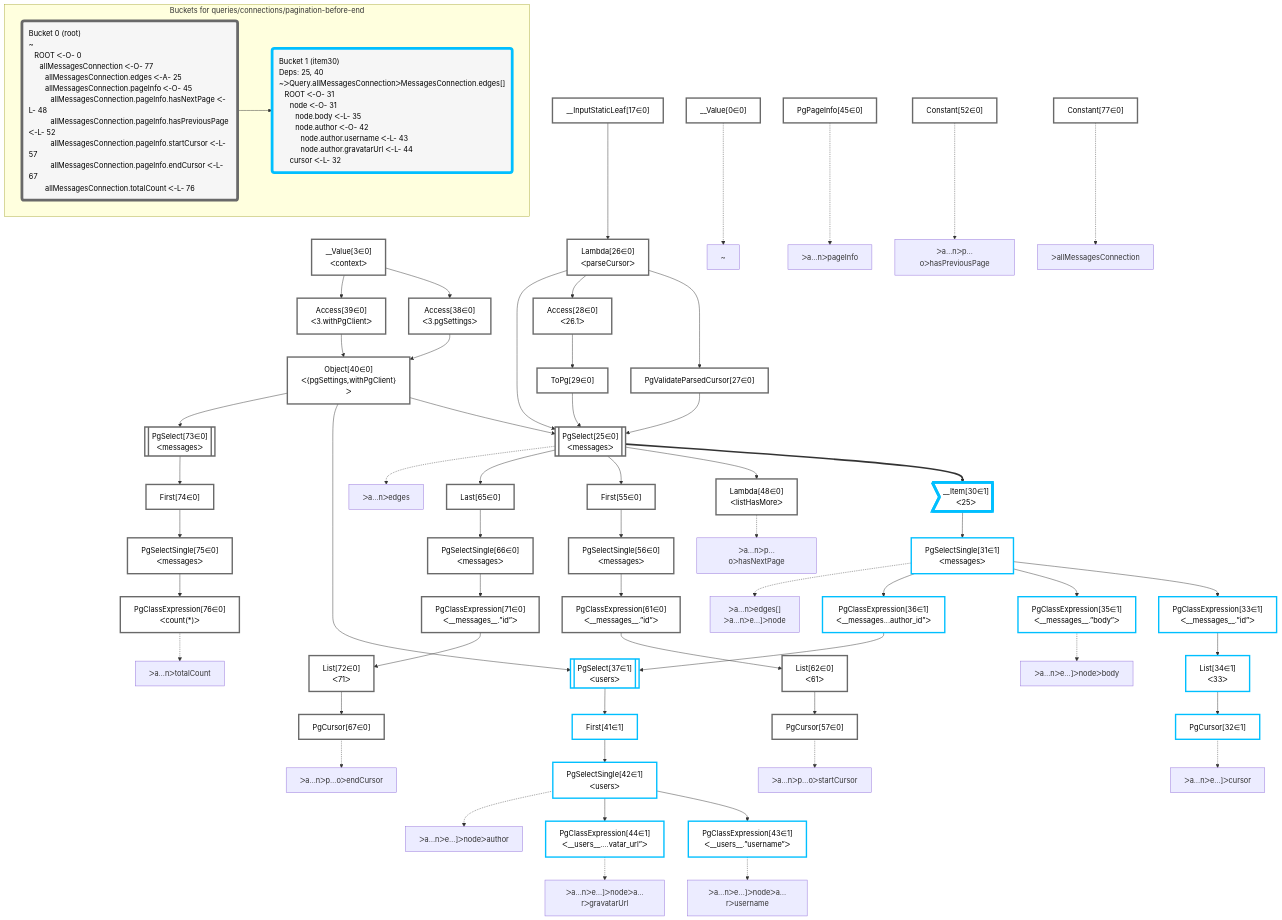
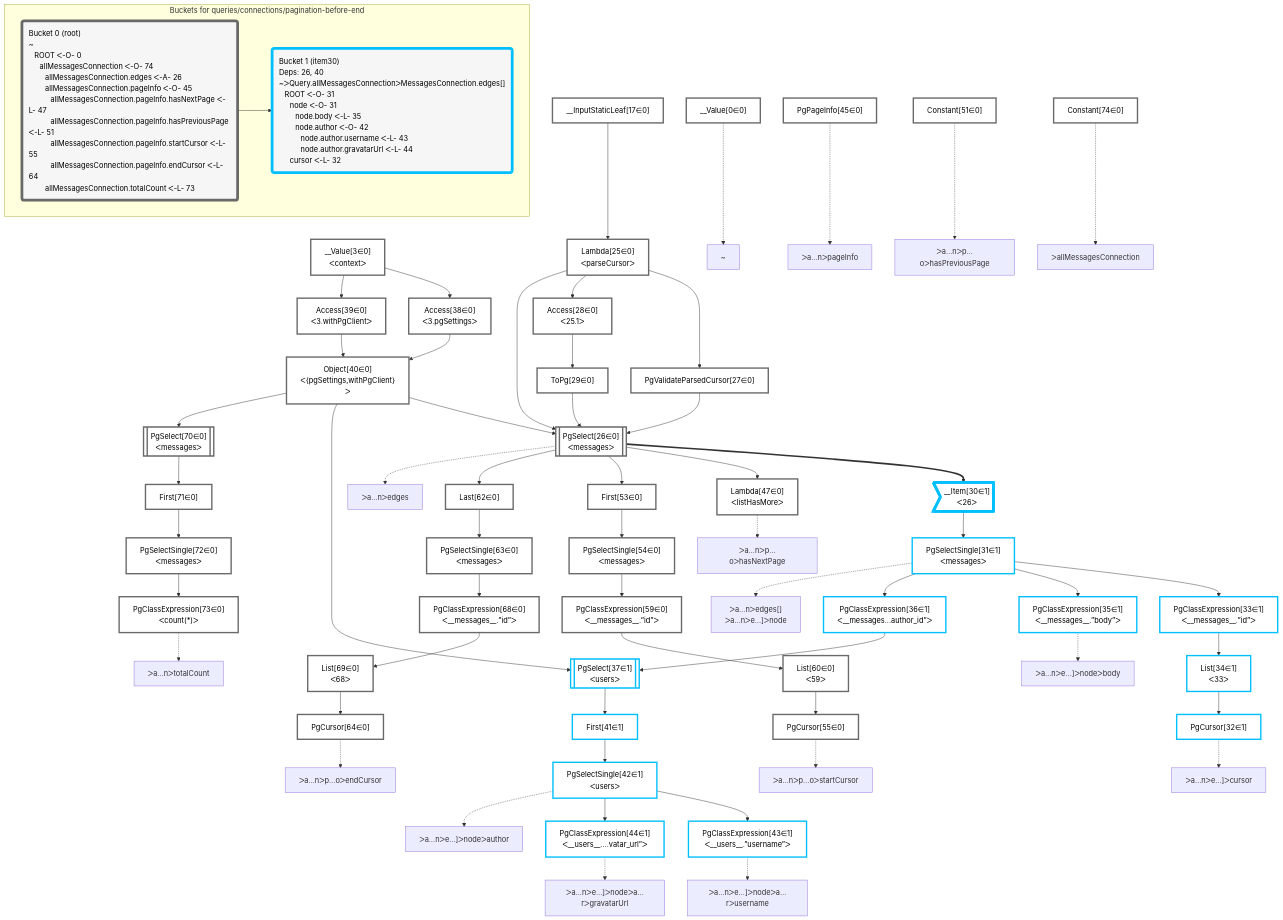
One commit to graphile/crystal changed the diagram in packages/dataplan-pg/__tests__/queries/connections/pagination-before-end.deopt.mermaid. Above: the diagram before and after it, drawn with Mermaid. The commit also changed 11 other files, not shown here.

```diff
--- a/packages/dataplan-pg/__tests__/queries/connections/pagination-before-end.deopt.mermaid
+++ b/packages/dataplan-pg/__tests__/queries/connections/pagination-before-end.deopt.mermaid
@@ -1,129 +1,129 @@
 graph TD
     classDef path fill:#eee,stroke:#000,color:#000
     classDef plan fill:#fff,stroke-width:3px,color:#000
     classDef itemplan fill:#fff,stroke-width:6px,color:#000
     classDef sideeffectplan fill:#f00,stroke-width:6px,color:#000
     classDef bucket fill:#f6f6f6,color:#000,stroke-width:6px,text-align:left
 
 
     %% define plans
     __Value0["__Value[0∈0]"]:::plan
     __Value3["__Value[3∈0]<br />ᐸcontextᐳ"]:::plan
     __InputStaticLeaf17["__InputStaticLeaf[17∈0]"]:::plan
     Access38["Access[38∈0]<br />ᐸ3.pgSettingsᐳ"]:::plan
     Access39["Access[39∈0]<br />ᐸ3.withPgClientᐳ"]:::plan
     Object40["Object[40∈0]<br />ᐸ{pgSettings,withPgClient}ᐳ"]:::plan
-    Constant77["Constant[77∈0]"]:::plan
-    Lambda26["Lambda[26∈0]<br />ᐸparseCursorᐳ"]:::plan
+    Constant74["Constant[74∈0]"]:::plan
+    Lambda25["Lambda[25∈0]<br />ᐸparseCursorᐳ"]:::plan
     PgValidateParsedCursor27["PgValidateParsedCursor[27∈0]"]:::plan
-    Access28["Access[28∈0]<br />ᐸ26.1ᐳ"]:::plan
+    Access28["Access[28∈0]<br />ᐸ25.1ᐳ"]:::plan
     ToPg29["ToPg[29∈0]"]:::plan
-    PgSelect25[["PgSelect[25∈0]<br />ᐸmessagesᐳ"]]:::plan
-    __Item30>"__Item[30∈1]<br />ᐸ25ᐳ"]:::itemplan
+    PgSelect26[["PgSelect[26∈0]<br />ᐸmessagesᐳ"]]:::plan
+    __Item30>"__Item[30∈1]<br />ᐸ26ᐳ"]:::itemplan
     PgSelectSingle31["PgSelectSingle[31∈1]<br />ᐸmessagesᐳ"]:::plan
     PgClassExpression33["PgClassExpression[33∈1]<br />ᐸ__messages__.”id”ᐳ"]:::plan
     List34["List[34∈1]<br />ᐸ33ᐳ"]:::plan
     PgCursor32["PgCursor[32∈1]"]:::plan
     PgClassExpression35["PgClassExpression[35∈1]<br />ᐸ__messages__.”body”ᐳ"]:::plan
     PgClassExpression36["PgClassExpression[36∈1]<br />ᐸ__messages...author_id”ᐳ"]:::plan
     PgSelect37[["PgSelect[37∈1]<br />ᐸusersᐳ"]]:::plan
     First41["First[41∈1]"]:::plan
     PgSelectSingle42["PgSelectSingle[42∈1]<br />ᐸusersᐳ"]:::plan
     PgClassExpression43["PgClassExpression[43∈1]<br />ᐸ__users__.”username”ᐳ"]:::plan
     PgClassExpression44["PgClassExpression[44∈1]<br />ᐸ__users__....vatar_url”ᐳ"]:::plan
     PgPageInfo45["PgPageInfo[45∈0]"]:::plan
-    Lambda48["Lambda[48∈0]<br />ᐸlistHasMoreᐳ"]:::plan
-    Constant52["Constant[52∈0]"]:::plan
-    First55["First[55∈0]"]:::plan
-    PgSelectSingle56["PgSelectSingle[56∈0]<br />ᐸmessagesᐳ"]:::plan
-    PgClassExpression61["PgClassExpression[61∈0]<br />ᐸ__messages__.”id”ᐳ"]:::plan
-    List62["List[62∈0]<br />ᐸ61ᐳ"]:::plan
-    PgCursor57["PgCursor[57∈0]"]:::plan
-    Last65["Last[65∈0]"]:::plan
-    PgSelectSingle66["PgSelectSingle[66∈0]<br />ᐸmessagesᐳ"]:::plan
-    PgClassExpression71["PgClassExpression[71∈0]<br />ᐸ__messages__.”id”ᐳ"]:::plan
-    List72["List[72∈0]<br />ᐸ71ᐳ"]:::plan
-    PgCursor67["PgCursor[67∈0]"]:::plan
-    PgSelect73[["PgSelect[73∈0]<br />ᐸmessagesᐳ"]]:::plan
-    First74["First[74∈0]"]:::plan
-    PgSelectSingle75["PgSelectSingle[75∈0]<br />ᐸmessagesᐳ"]:::plan
-    PgClassExpression76["PgClassExpression[76∈0]<br />ᐸcount(*)ᐳ"]:::plan
+    Lambda47["Lambda[47∈0]<br />ᐸlistHasMoreᐳ"]:::plan
+    Constant51["Constant[51∈0]"]:::plan
+    First53["First[53∈0]"]:::plan
+    PgSelectSingle54["PgSelectSingle[54∈0]<br />ᐸmessagesᐳ"]:::plan
+    PgClassExpression59["PgClassExpression[59∈0]<br />ᐸ__messages__.”id”ᐳ"]:::plan
+    List60["List[60∈0]<br />ᐸ59ᐳ"]:::plan
+    PgCursor55["PgCursor[55∈0]"]:::plan
+    Last62["Last[62∈0]"]:::plan
+    PgSelectSingle63["PgSelectSingle[63∈0]<br />ᐸmessagesᐳ"]:::plan
+    PgClassExpression68["PgClassExpression[68∈0]<br />ᐸ__messages__.”id”ᐳ"]:::plan
+    List69["List[69∈0]<br />ᐸ68ᐳ"]:::plan
+    PgCursor64["PgCursor[64∈0]"]:::plan
+    PgSelect70[["PgSelect[70∈0]<br />ᐸmessagesᐳ"]]:::plan
+    First71["First[71∈0]"]:::plan
+    PgSelectSingle72["PgSelectSingle[72∈0]<br />ᐸmessagesᐳ"]:::plan
+    PgClassExpression73["PgClassExpression[73∈0]<br />ᐸcount(*)ᐳ"]:::plan
 
     %% plan dependencies
     __Value3 --> Access38
     __Value3 --> Access39
     Access38 & Access39 --> Object40
-    __InputStaticLeaf17 --> Lambda26
-    Lambda26 --> PgValidateParsedCursor27
-    Lambda26 --> Access28
+    __InputStaticLeaf17 --> Lambda25
+    Lambda25 --> PgValidateParsedCursor27
+    Lambda25 --> Access28
     Access28 --> ToPg29
-    Object40 & Lambda26 & PgValidateParsedCursor27 & ToPg29 --> PgSelect25
-    PgSelect25 ==> __Item30
+    Object40 & Lambda25 & PgValidateParsedCursor27 & ToPg29 --> PgSelect26
+    PgSelect26 ==> __Item30
     __Item30 --> PgSelectSingle31
     PgSelectSingle31 --> PgClassExpression33
     PgClassExpression33 --> List34
     List34 --> PgCursor32
     PgSelectSingle31 --> PgClassExpression35
     PgSelectSingle31 --> PgClassExpression36
     Object40 & PgClassExpression36 --> PgSelect37
     PgSelect37 --> First41
     First41 --> PgSelectSingle42
     PgSelectSingle42 --> PgClassExpression43
     PgSelectSingle42 --> PgClassExpression44
-    PgSelect25 --> Lambda48
-    PgSelect25 --> First55
-    First55 --> PgSelectSingle56
-    PgSelectSingle56 --> PgClassExpression61
-    PgClassExpression61 --> List62
-    List62 --> PgCursor57
-    PgSelect25 --> Last65
-    Last65 --> PgSelectSingle66
-    PgSelectSingle66 --> PgClassExpression71
-    PgClassExpression71 --> List72
-    List72 --> PgCursor67
-    Object40 --> PgSelect73
-    PgSelect73 --> First74
-    First74 --> PgSelectSingle75
-    PgSelectSingle75 --> PgClassExpression76
+    PgSelect26 --> Lambda47
+    PgSelect26 --> First53
+    First53 --> PgSelectSingle54
+    PgSelectSingle54 --> PgClassExpression59
+    PgClassExpression59 --> List60
+    List60 --> PgCursor55
+    PgSelect26 --> Last62
+    Last62 --> PgSelectSingle63
+    PgSelectSingle63 --> PgClassExpression68
+    PgClassExpression68 --> List69
+    List69 --> PgCursor64
+    Object40 --> PgSelect70
+    PgSelect70 --> First71
+    First71 --> PgSelectSingle72
+    PgSelectSingle72 --> PgClassExpression73
 
     %% plan-to-path relationships
     P0["~"]
     __Value0 -.-> P0
-    P25["ᐳa…nᐳedges"]
-    PgSelect25 -.-> P25
+    P26["ᐳa…nᐳedges"]
+    PgSelect26 -.-> P26
     P31["ᐳa…nᐳedges[]<br />ᐳa…nᐳe…]ᐳnode"]
     PgSelectSingle31 -.-> P31
     P32["ᐳa…nᐳe…]ᐳcursor"]
     PgCursor32 -.-> P32
     P35["ᐳa…nᐳe…]ᐳnodeᐳbody"]
     PgClassExpression35 -.-> P35
     P42["ᐳa…nᐳe…]ᐳnodeᐳauthor"]
     PgSelectSingle42 -.-> P42
     P43["ᐳa…nᐳe…]ᐳnodeᐳa…rᐳusername"]
     PgClassExpression43 -.-> P43
     P44["ᐳa…nᐳe…]ᐳnodeᐳa…rᐳgravatarUrl"]
     PgClassExpression44 -.-> P44
     P45["ᐳa…nᐳpageInfo"]
     PgPageInfo45 -.-> P45
-    P48["ᐳa…nᐳp…oᐳhasNextPage"]
-    Lambda48 -.-> P48
-    P52["ᐳa…nᐳp…oᐳhasPreviousPage"]
-    Constant52 -.-> P52
-    P57["ᐳa…nᐳp…oᐳstartCursor"]
-    PgCursor57 -.-> P57
-    P67["ᐳa…nᐳp…oᐳendCursor"]
-    PgCursor67 -.-> P67
-    P76["ᐳa…nᐳtotalCount"]
-    PgClassExpression76 -.-> P76
-    P77["ᐳallMessagesConnection"]
-    Constant77 -.-> P77
+    P47["ᐳa…nᐳp…oᐳhasNextPage"]
+    Lambda47 -.-> P47
+    P51["ᐳa…nᐳp…oᐳhasPreviousPage"]
+    Constant51 -.-> P51
+    P55["ᐳa…nᐳp…oᐳstartCursor"]
+    PgCursor55 -.-> P55
+    P64["ᐳa…nᐳp…oᐳendCursor"]
+    PgCursor64 -.-> P64
+    P73["ᐳa…nᐳtotalCount"]
+    PgClassExpression73 -.-> P73
+    P74["ᐳallMessagesConnection"]
+    Constant74 -.-> P74
 
     subgraph "Buckets for queries/connections/pagination-before-end"
-    Bucket0("Bucket 0 (root)<br />~<br />⠀ROOT ᐸ-O- 0<br />⠀⠀allMessagesConnection ᐸ-O- 77<br />⠀⠀⠀allMessagesConnection.edges ᐸ-A- 25<br />⠀⠀⠀allMessagesConnection.pageInfo ᐸ-O- 45<br />⠀⠀⠀⠀allMessagesConnection.pageInfo.hasNextPage ᐸ-L- 48<br />⠀⠀⠀⠀allMessagesConnection.pageInfo.hasPreviousPage ᐸ-L- 52<br />⠀⠀⠀⠀allMessagesConnection.pageInfo.startCursor ᐸ-L- 57<br />⠀⠀⠀⠀allMessagesConnection.pageInfo.endCursor ᐸ-L- 67<br />⠀⠀⠀allMessagesConnection.totalCount ᐸ-L- 76"):::bucket
+    Bucket0("Bucket 0 (root)<br />~<br />⠀ROOT ᐸ-O- 0<br />⠀⠀allMessagesConnection ᐸ-O- 74<br />⠀⠀⠀allMessagesConnection.edges ᐸ-A- 26<br />⠀⠀⠀allMessagesConnection.pageInfo ᐸ-O- 45<br />⠀⠀⠀⠀allMessagesConnection.pageInfo.hasNextPage ᐸ-L- 47<br />⠀⠀⠀⠀allMessagesConnection.pageInfo.hasPreviousPage ᐸ-L- 51<br />⠀⠀⠀⠀allMessagesConnection.pageInfo.startCursor ᐸ-L- 55<br />⠀⠀⠀⠀allMessagesConnection.pageInfo.endCursor ᐸ-L- 64<br />⠀⠀⠀allMessagesConnection.totalCount ᐸ-L- 73"):::bucket
     classDef bucket0 stroke:#696969
-    class Bucket0,__Value0,__Value3,__InputStaticLeaf17,PgSelect25,Lambda26,PgValidateParsedCursor27,Access28,ToPg29,Access38,Access39,Object40,PgPageInfo45,Lambda48,Constant52,First55,PgSelectSingle56,PgCursor57,PgClassExpression61,List62,Last65,PgSelectSingle66,PgCursor67,PgClassExpression71,List72,PgSelect73,First74,PgSelectSingle75,PgClassExpression76,Constant77 bucket0
-    Bucket1("Bucket 1 (item30)<br />Deps: 25, 40<br />~ᐳQuery.allMessagesConnectionᐳMessagesConnection.edges[]<br />⠀ROOT ᐸ-O- 31<br />⠀⠀node ᐸ-O- 31<br />⠀⠀⠀node.body ᐸ-L- 35<br />⠀⠀⠀node.author ᐸ-O- 42<br />⠀⠀⠀⠀node.author.username ᐸ-L- 43<br />⠀⠀⠀⠀node.author.gravatarUrl ᐸ-L- 44<br />⠀⠀cursor ᐸ-L- 32"):::bucket
+    class Bucket0,__Value0,__Value3,__InputStaticLeaf17,Lambda25,PgSelect26,PgValidateParsedCursor27,Access28,ToPg29,Access38,Access39,Object40,PgPageInfo45,Lambda47,Constant51,First53,PgSelectSingle54,PgCursor55,PgClassExpression59,List60,Last62,PgSelectSingle63,PgCursor64,PgClassExpression68,List69,PgSelect70,First71,PgSelectSingle72,PgClassExpression73,Constant74 bucket0
+    Bucket1("Bucket 1 (item30)<br />Deps: 26, 40<br />~ᐳQuery.allMessagesConnectionᐳMessagesConnection.edges[]<br />⠀ROOT ᐸ-O- 31<br />⠀⠀node ᐸ-O- 31<br />⠀⠀⠀node.body ᐸ-L- 35<br />⠀⠀⠀node.author ᐸ-O- 42<br />⠀⠀⠀⠀node.author.username ᐸ-L- 43<br />⠀⠀⠀⠀node.author.gravatarUrl ᐸ-L- 44<br />⠀⠀cursor ᐸ-L- 32"):::bucket
     classDef bucket1 stroke:#00bfff
     class Bucket1,__Item30,PgSelectSingle31,PgCursor32,PgClassExpression33,List34,PgClassExpression35,PgClassExpression36,PgSelect37,First41,PgSelectSingle42,PgClassExpression43,PgClassExpression44 bucket1
     Bucket0 --> Bucket1
     end
```
